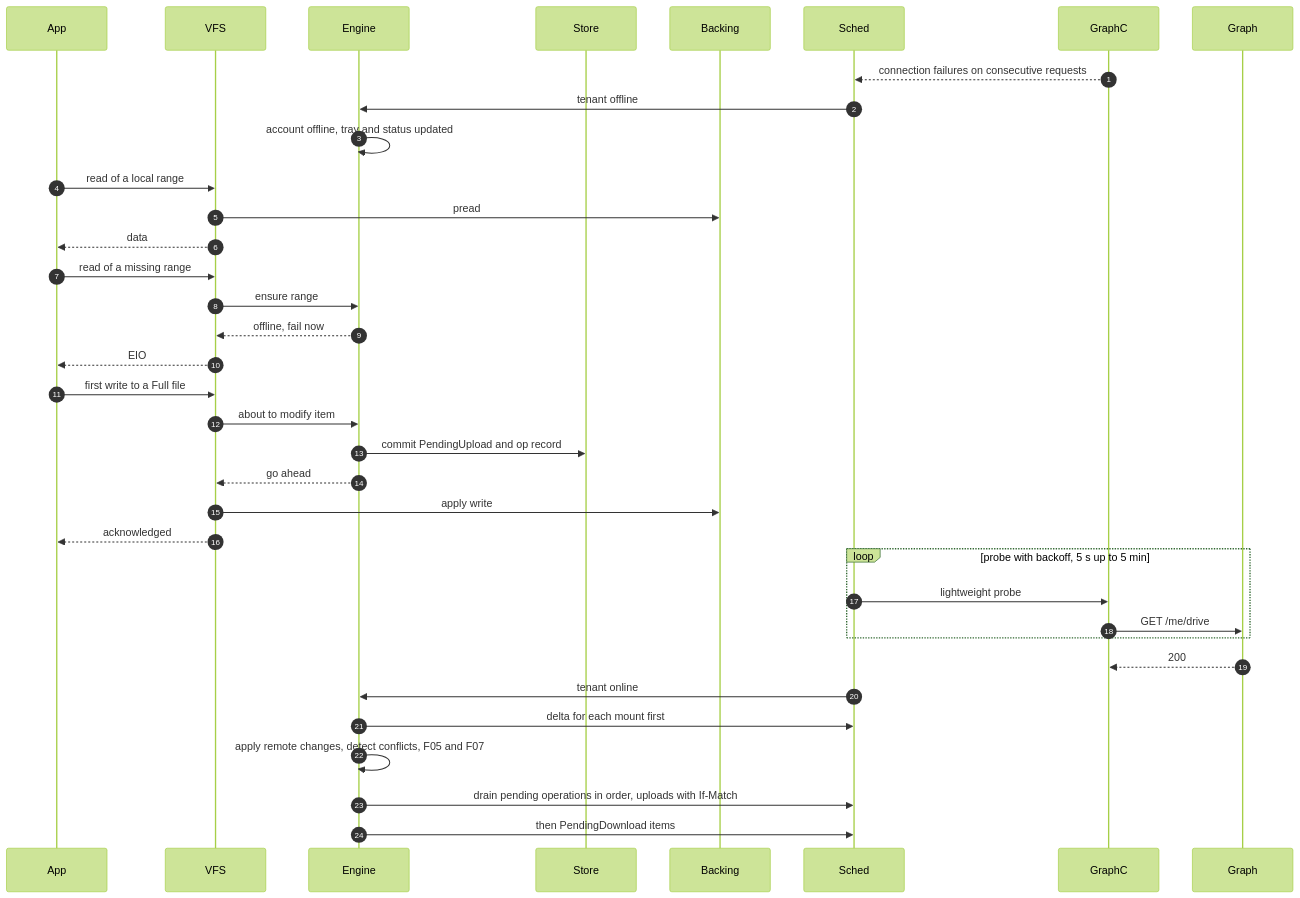
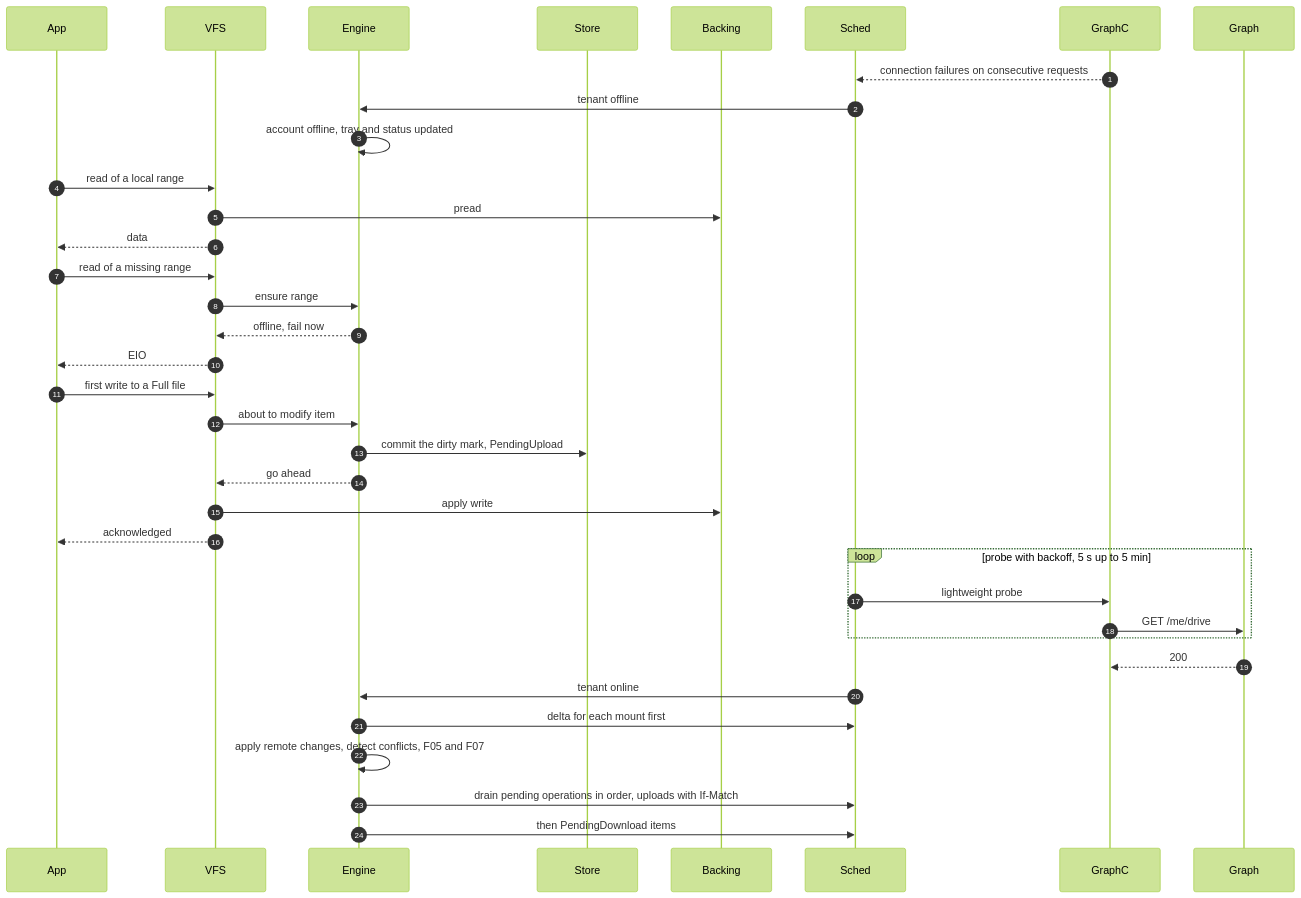
One commit to paulpitchford/my-drive changed the first of 2 diagrams in docs/flows/F08-offline-and-recovery.md. Above: the diagram before and after it, drawn with Mermaid (forest theme). The commit also changed other lines of this file and 19 other files, not shown here.

First line of the commit message:
docs(flows): amend flows and journeys for the M1 decisions

````diff
--- a/docs/flows/F08-offline-and-recovery.md
+++ b/docs/flows/F08-offline-and-recovery.md
@@ -14,39 +14,39 @@
 ```mermaid
 sequenceDiagram
     autonumber
     participant App
     participant VFS
     participant Engine
     participant Store
     participant Backing
     participant Sched
     participant GraphC
     participant Graph
 
     GraphC-->>Sched: connection failures on consecutive requests
     Sched->>Engine: tenant offline
     Engine->>Engine: account offline, tray and status updated
     App->>VFS: read of a local range
     VFS->>Backing: pread
     VFS-->>App: data
     App->>VFS: read of a missing range
     VFS->>Engine: ensure range
     Engine-->>VFS: offline, fail now
     VFS-->>App: EIO
     App->>VFS: first write to a Full file
     VFS->>Engine: about to modify item
-    Engine->>Store: commit PendingUpload and op record
+    Engine->>Store: commit the dirty mark, PendingUpload
     Engine-->>VFS: go ahead
     VFS->>Backing: apply write
     VFS-->>App: acknowledged
     loop probe with backoff, 5 s up to 5 min
         Sched->>GraphC: lightweight probe
         GraphC->>Graph: GET /me/drive
     end
     Graph-->>GraphC: 200
     Sched->>Engine: tenant online
     Engine->>Sched: delta for each mount first
     Engine->>Engine: apply remote changes, detect conflicts, F05 and F07
     Engine->>Sched: drain pending operations in order, uploads with If-Match
     Engine->>Sched: then PendingDownload items
 ```
````
